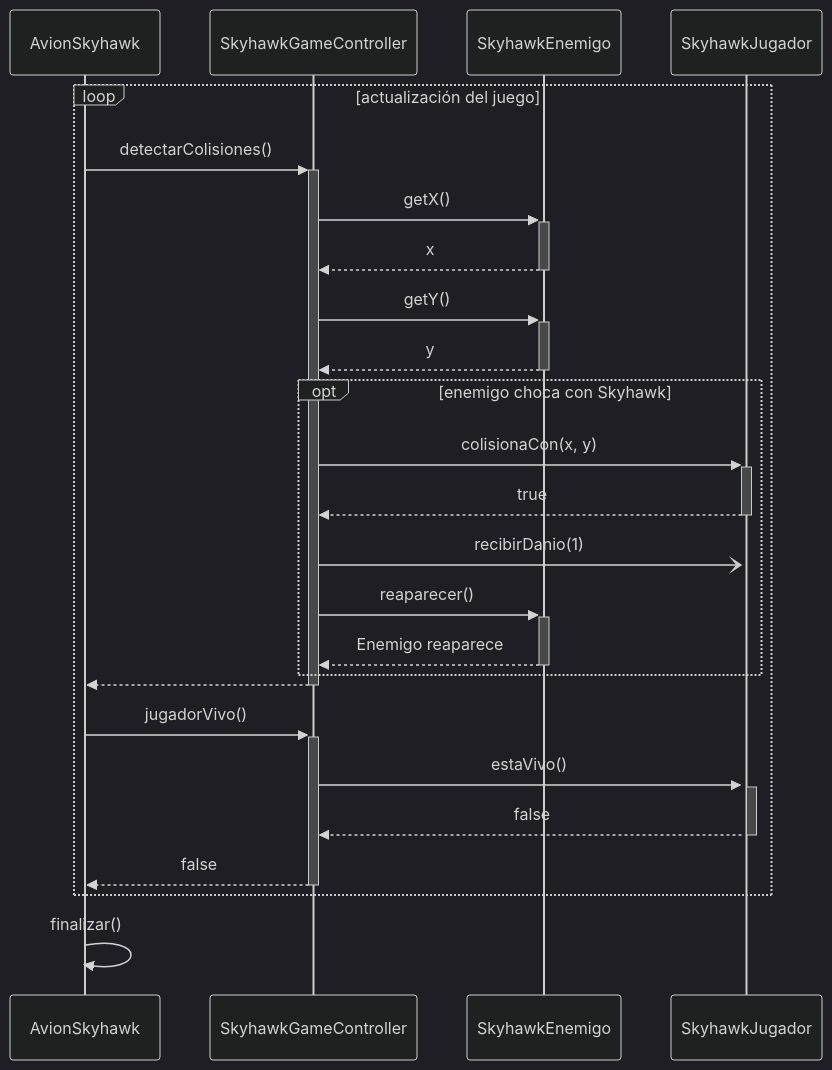
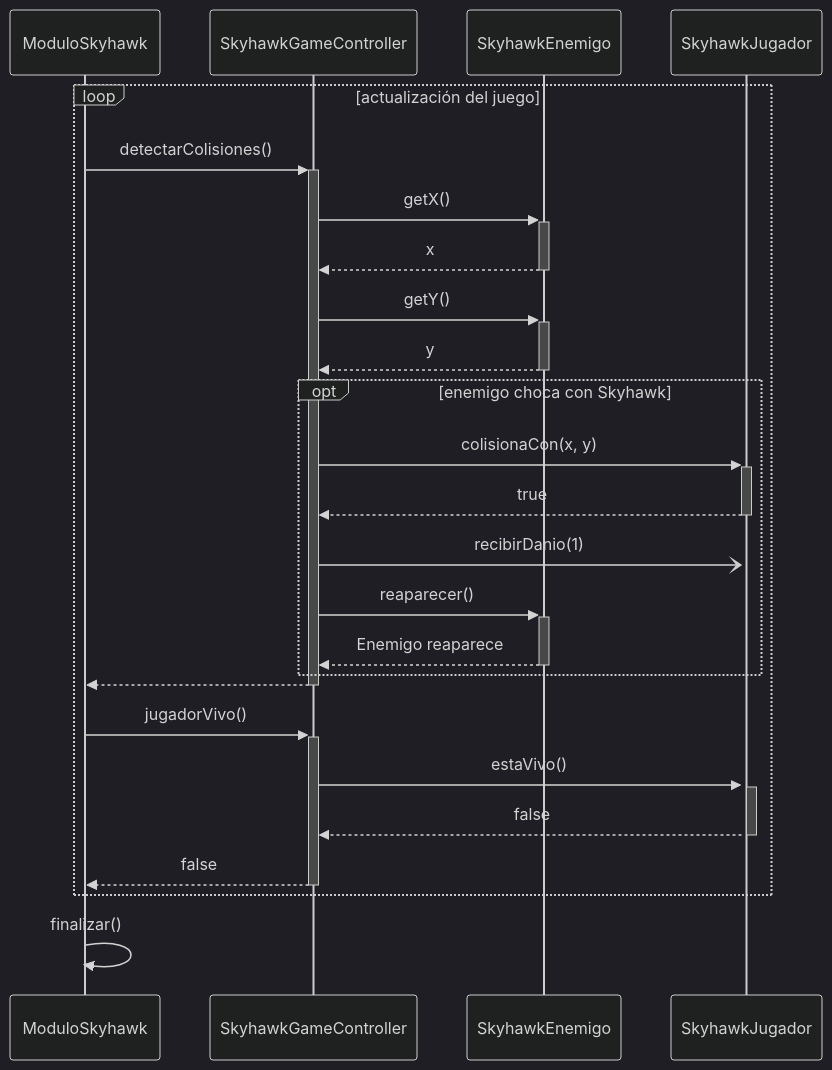
The fourth of 6 diagrams in Diagramas/diagram_Secuencias_Actualizados.md (chiaraarego/Grupo-2---Skyhawk), drawn with Mermaid (dark theme) before and after one commit. The commit also changed other lines of this file, not shown here.

````diff
--- a/Diagramas/diagram_Secuencias_Actualizados.md
+++ b/Diagramas/diagram_Secuencias_Actualizados.md
@@ -138,39 +138,39 @@
 ```mermaid
 sequenceDiagram
-    participant AvionSkyhawk
+    participant ModuloSkyhawk
     participant SkyhawkGameController
     participant SkyhawkEnemigo
     participant SkyhawkJugador
 
     loop actualización del juego
-        AvionSkyhawk ->> +SkyhawkGameController : detectarColisiones()
+        ModuloSkyhawk ->> +SkyhawkGameController : detectarColisiones()
 
 
 
         SkyhawkGameController ->> +SkyhawkEnemigo : getX()
         SkyhawkEnemigo -->> -SkyhawkGameController : x
 
         SkyhawkGameController ->> +SkyhawkEnemigo : getY()
         SkyhawkEnemigo -->> -SkyhawkGameController : y
 
         opt enemigo choca con Skyhawk
         SkyhawkGameController ->> +SkyhawkJugador : colisionaCon(x, y)
         SkyhawkJugador -->> -SkyhawkGameController : true
 
             SkyhawkGameController -) +SkyhawkJugador : recibirDanio(1)
 
 
             SkyhawkGameController ->> +SkyhawkEnemigo : reaparecer()
             SkyhawkEnemigo -->> -SkyhawkGameController : Enemigo reaparece
         end
 
-        SkyhawkGameController -->> -AvionSkyhawk : 
-    AvionSkyhawk ->> +SkyhawkGameController : jugadorVivo()
+        SkyhawkGameController -->> -ModuloSkyhawk : 
+    ModuloSkyhawk ->> +SkyhawkGameController : jugadorVivo()
     SkyhawkGameController ->> +SkyhawkJugador : estaVivo()
     SkyhawkJugador -->> -SkyhawkGameController : false
-    SkyhawkGameController -->> -AvionSkyhawk : false
+    SkyhawkGameController -->> -ModuloSkyhawk : false
 end
-        AvionSkyhawk ->> AvionSkyhawk : finalizar()
+        ModuloSkyhawk ->> ModuloSkyhawk : finalizar()
     
 
 ```
````
